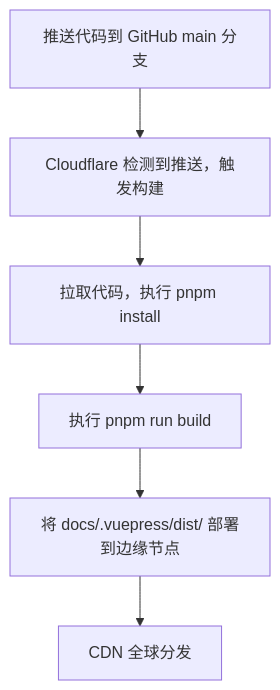
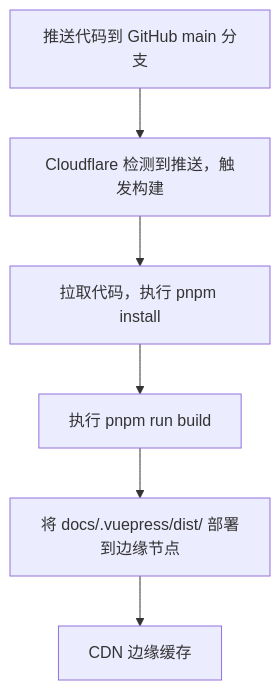
Before and after one commit to zhaofutao04/zblog: the second of 2 diagrams in docs/_posts/blog-deployment.md, drawn with Mermaid. The commit also changed other lines of this file and 23 other files, not shown here.

````diff
--- a/docs/_posts/blog-deployment.md
+++ b/docs/_posts/blog-deployment.md
@@ -40,8 +42,8 @@
 ```mermaid
 flowchart TB
     A["推送代码到 GitHub main 分支"] --> B["Cloudflare 检测到推送，触发构建"]
     B --> C["拉取代码，执行 pnpm install"]
     C --> D["执行 pnpm run build"]
     D --> E["将 docs/.vuepress/dist/ 部署到边缘节点"]
-    E --> F["CDN 全球分发"]
+    E --> F["CDN 边缘缓存"]
 ```
````
